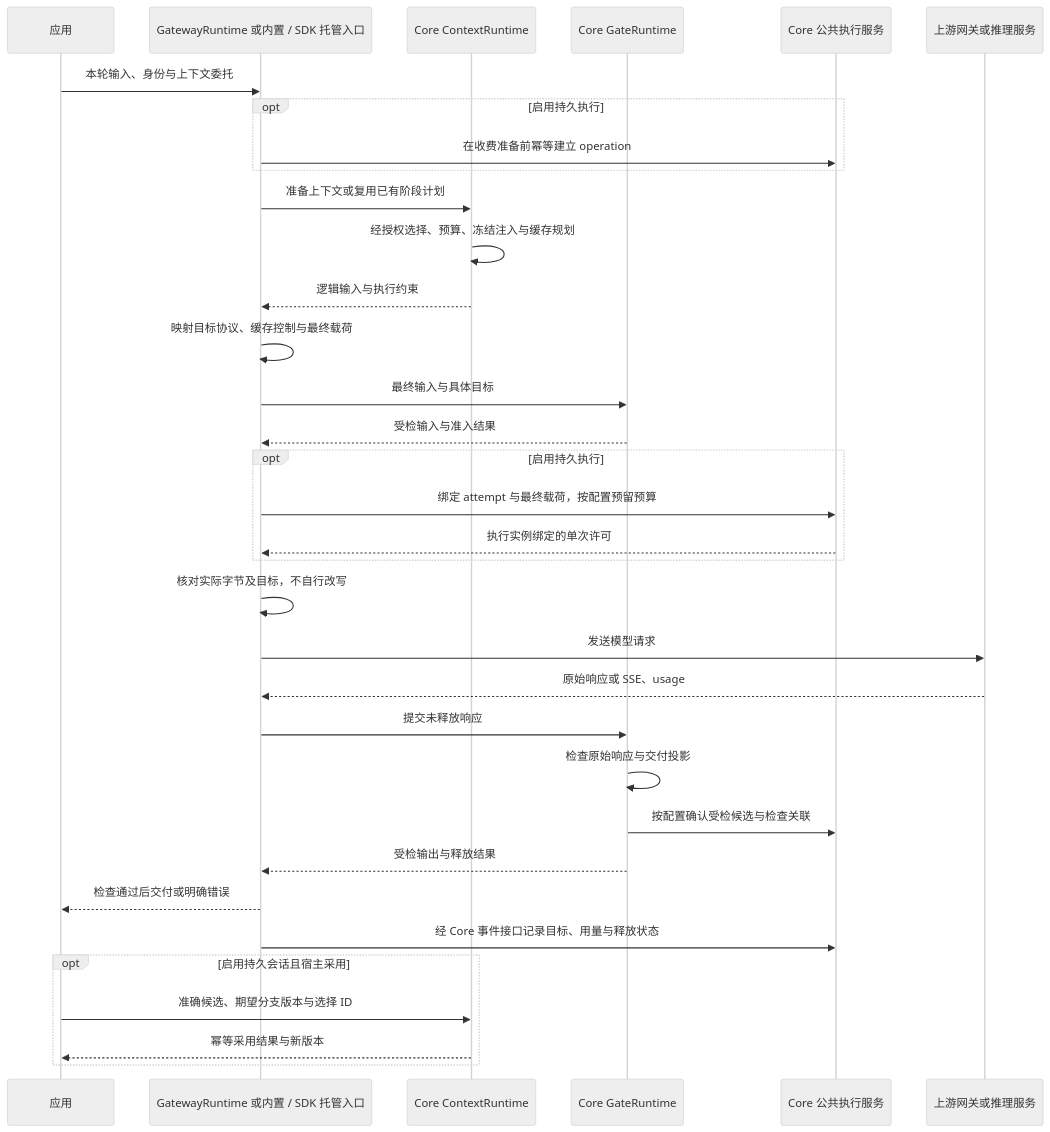
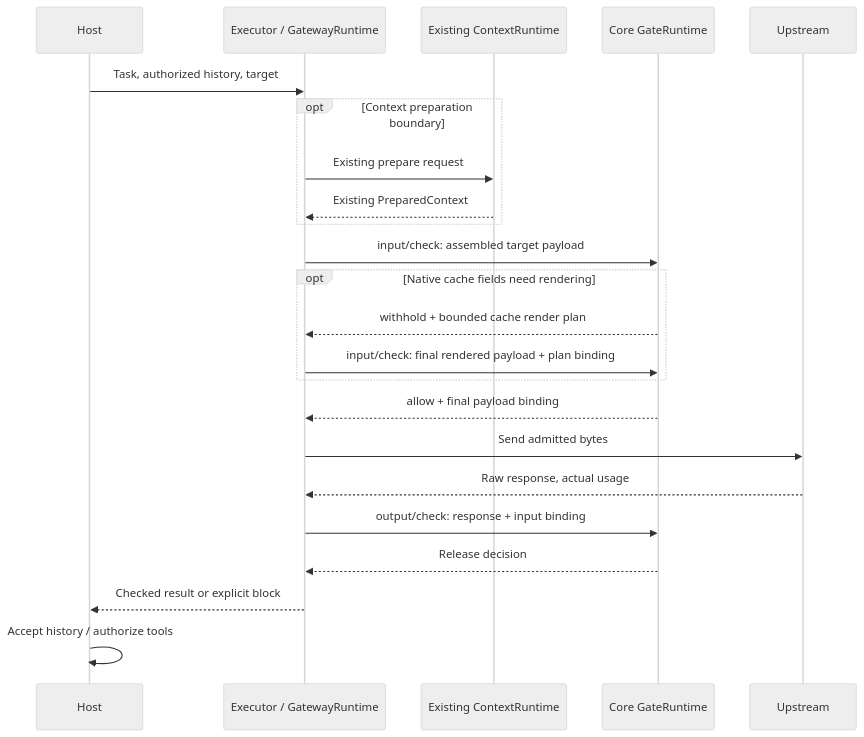
Before and after one commit to 2397819368a-oss/powercontext-2026: the second of 2 diagrams in docs/zh/rfcs/2086-core-inference-gates-and-optional-gateway.md, drawn with Mermaid (neutral theme). The commit also changed other lines of this file and 1 other file, not shown here.

Commit message:
docs(rfc): reuse existing context APIs and persistence

````diff
--- a/docs/zh/rfcs/2086-core-inference-gates-and-optional-gateway.md
+++ b/docs/zh/rfcs/2086-core-inference-gates-and-optional-gateway.md
@@ -399,36 +288,25 @@
 ```mermaid
 sequenceDiagram
-    participant A as 应用
-    participant E as GatewayRuntime 或内置 / SDK 托管入口
-    participant C as Core ContextRuntime
+    participant H as Host
+    participant E as Executor / GatewayRuntime
+    participant C as Existing ContextRuntime
     participant G as Core GateRuntime
-    participant S as Core 公共执行服务
-    participant U as 上游网关或推理服务
-    A->>E: 本轮输入、身份与上下文委托
-    opt 启用持久执行
-        E->>S: 在收费准备前幂等建立 operation
+    participant U as Upstream
+    H->>E: Task, authorized history, target
+    opt Context preparation boundary
+        E->>C: Existing prepare request
+        C-->>E: Existing PreparedContext
     end
-    E->>C: 准备上下文或复用已有阶段计划
-    C->>C: 经授权选择、预算、冻结注入与缓存规划
-    C-->>E: 逻辑输入与执行约束
-    E->>E: 映射目标协议、缓存控制与最终载荷
-    E->>G: 最终输入与具体目标
-    G-->>E: 受检输入与准入结果
-    opt 启用持久执行
-        E->>S: 绑定 attempt 与最终载荷，按配置预留预算
-        S-->>E: 执行实例绑定的单次许可
+    E->>G: input/check: assembled target payload
+    opt Native cache fields need rendering
+        G-->>E: withhold + bounded cache render plan
+        E->>G: input/check: final rendered payload + plan binding
     end
-    E->>E: 核对实际字节及目标，不自行改写
-    E->>U: 发送模型请求
-    U-->>E: 原始响应或 SSE、usage
-    E->>G: 提交未释放响应
-    G->>G: 检查原始响应与交付投影
-    G->>S: 按配置确认受检候选与检查关联
-    G-->>E: 受检输出与释放结果
-    E-->>A: 检查通过后交付或明确错误
-    E->>S: 经 Core 事件接口记录目标、用量与释放状态
-    opt 启用持久会话且宿主采用
-        A->>C: 准确候选、期望分支版本与选择 ID
-        C-->>A: 幂等采用结果与新版本
-    end
+    G-->>E: allow + final payload binding
+    E->>U: Send admitted bytes
+    U-->>E: Raw response, actual usage
+    E->>G: output/check: response + input binding
+    G-->>E: Release decision
+    E-->>H: Checked result or explicit block
+    H->>H: Accept history / authorize tools
 ```
````
